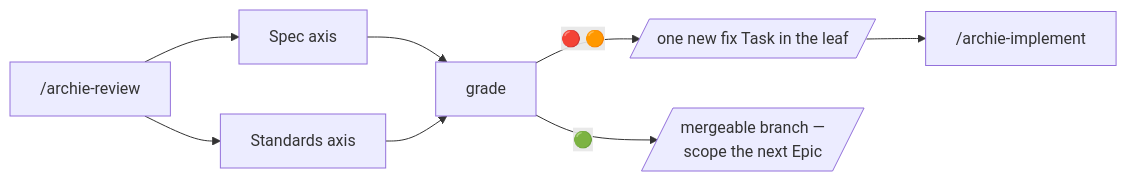
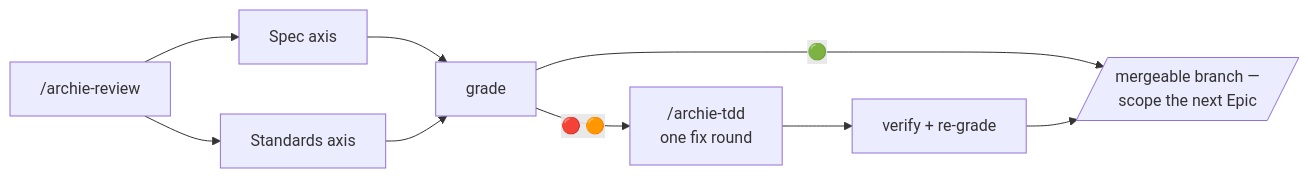
The sixth of 6 diagrams in README.md (OvidiuGuta/archie-skills), drawn with Mermaid before and after one commit. The commit also changed other lines of this file and 8 other files, not shown here.

````diff
--- a/README.md
+++ b/README.md
@@ -80,7 +80,7 @@
 ```mermaid
 flowchart LR
   RV["/archie-review"] --> S1["Spec axis"] --> G["grade"]
   RV --> S2["Standards axis"] --> G
-  G -- "🔴 🟠" --> T4[/"one new fix Task in the leaf"/] --> IM["/archie-implement"]
   G -- "🟢" --> T5[/"mergeable branch —<br/>scope the next Epic"/]
+  G -- "🔴 🟠" --> FX["/archie-tdd<br/>one fix round"] --> VR["verify + re-grade"] --> T5
 ```
````
